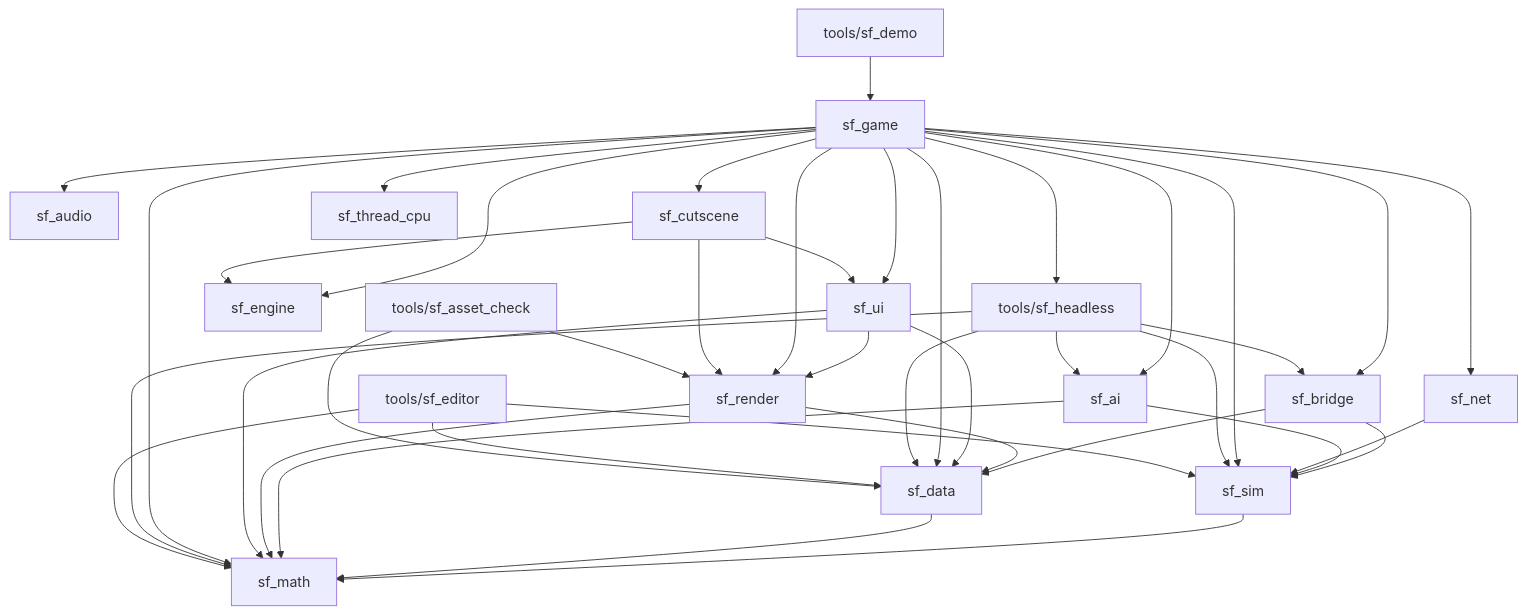
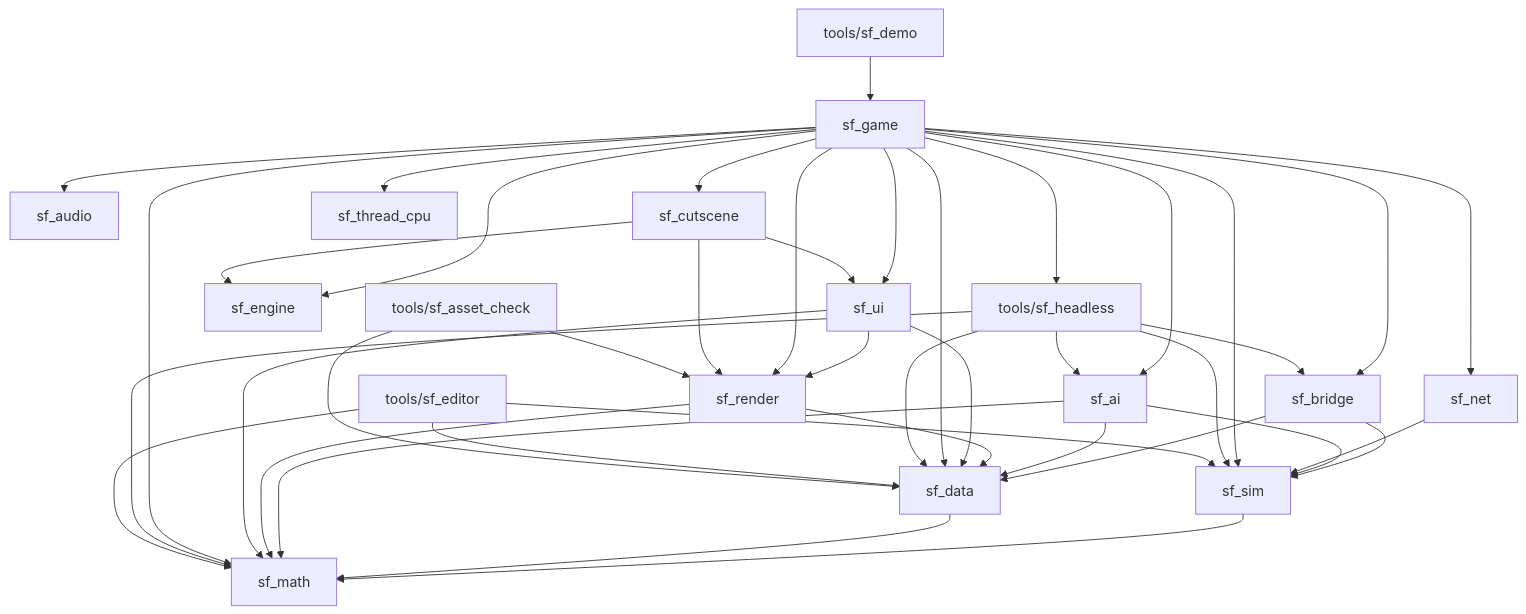
Before and after one commit to ultrasonicoverdrive/staalfront: the diagram in docs/architecture.md, drawn with Mermaid. The commit also changed other lines of this file and 45 other files, not shown here.

````diff
--- a/docs/architecture.md
+++ b/docs/architecture.md
@@ -48,42 +48,43 @@
 ```mermaid
 graph TD
   sf_sim --> sf_math
   sf_data --> sf_math
   sf_bridge --> sf_sim
   sf_bridge --> sf_data
   sf_ai --> sf_math
   sf_ai --> sf_sim
+  sf_ai --> sf_data
   sf_render --> sf_math
   sf_render --> sf_data
   sf_ui --> sf_math
   sf_ui --> sf_render
   sf_ui --> sf_data
   sf_net --> sf_sim
   sf_game --> sf_math
   sf_game --> sf_sim
   sf_game --> sf_data
   sf_game --> sf_bridge
   sf_game --> sf_ai
   sf_game --> sf_engine
   sf_game --> sf_render
   sf_game --> sf_ui
   sf_game --> sf_audio
   sf_game --> sf_cutscene
   sf_game --> sf_net
   sf_game --> sf_thread_cpu
   sf_game --> sf_headless
   sf_cutscene --> sf_engine
   sf_cutscene --> sf_render
   sf_cutscene --> sf_ui
   sf_headless[tools/sf_headless] --> sf_math
   sf_headless --> sf_sim
   sf_headless --> sf_data
   sf_headless --> sf_bridge
   sf_headless --> sf_ai
   sf_demo[tools/sf_demo] --> sf_game
   sf_editor[tools/sf_editor] --> sf_math
   sf_editor --> sf_sim
   sf_editor --> sf_data
   sf_asset_check[tools/sf_asset_check] --> sf_render
   sf_asset_check --> sf_data
 ```
````
